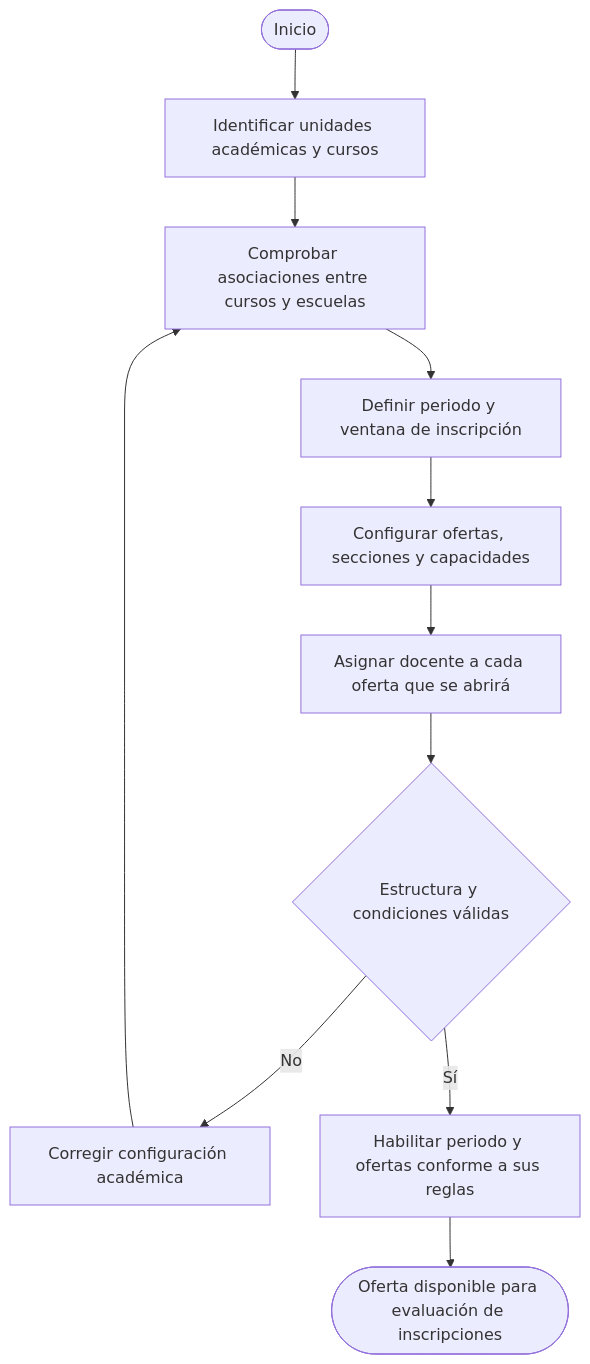
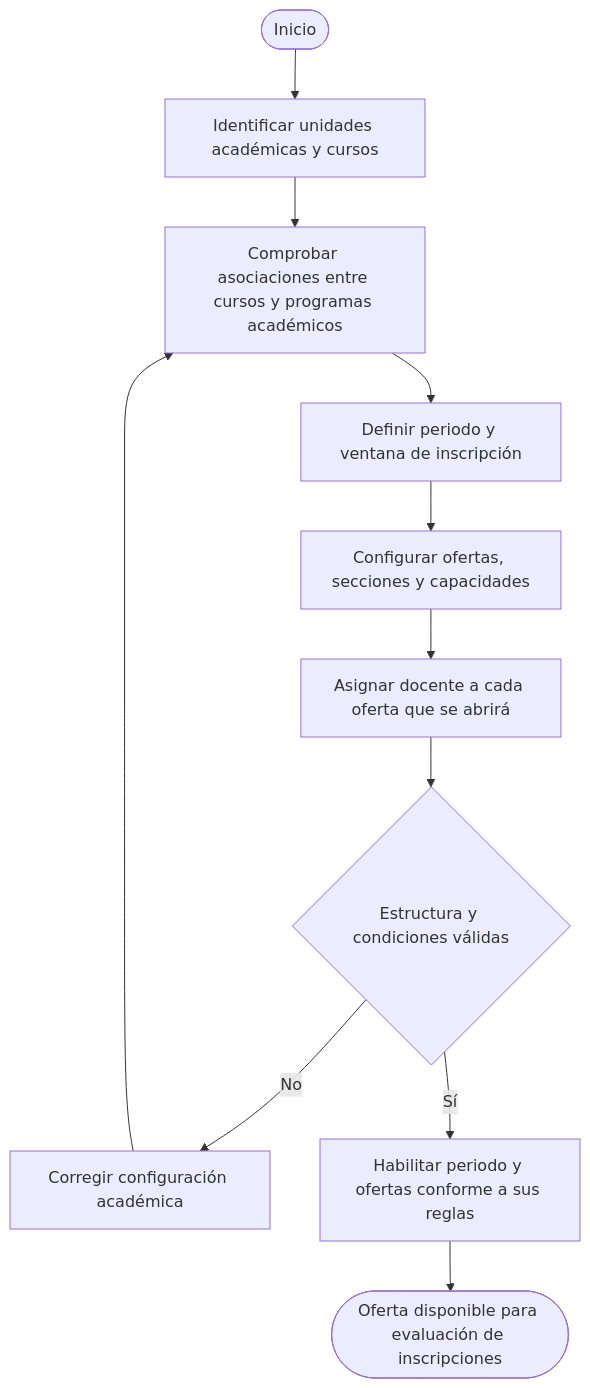
One commit to EderPanta18/academic-management-api changed the first of 7 diagrams in docs/04-analysis/03-business-processes.md. Above: the diagram before and after it, drawn with Mermaid. The commit also changed other lines of this file and 22 other files, not shown here.

````diff
--- a/docs/04-analysis/03-business-processes.md
+++ b/docs/04-analysis/03-business-processes.md
@@ -11,13 +11,13 @@
 ```mermaid
 flowchart TD
     A([Inicio]) --> B[Identificar unidades académicas y cursos]
-    B --> C[Comprobar asociaciones entre cursos y escuelas]
+    B --> C[Comprobar asociaciones entre cursos y programas académicos]
     C --> D[Definir periodo y ventana de inscripción]
     D --> E[Configurar ofertas, secciones y capacidades]
     E --> F[Asignar docente a cada oferta que se abrirá]
     F --> G{Estructura y condiciones válidas}
     G -- No --> H[Corregir configuración académica]
     H --> C
     G -- Sí --> I[Habilitar periodo y ofertas conforme a sus reglas]
     I --> J([Oferta disponible para evaluación de inscripciones])
 ```
````
